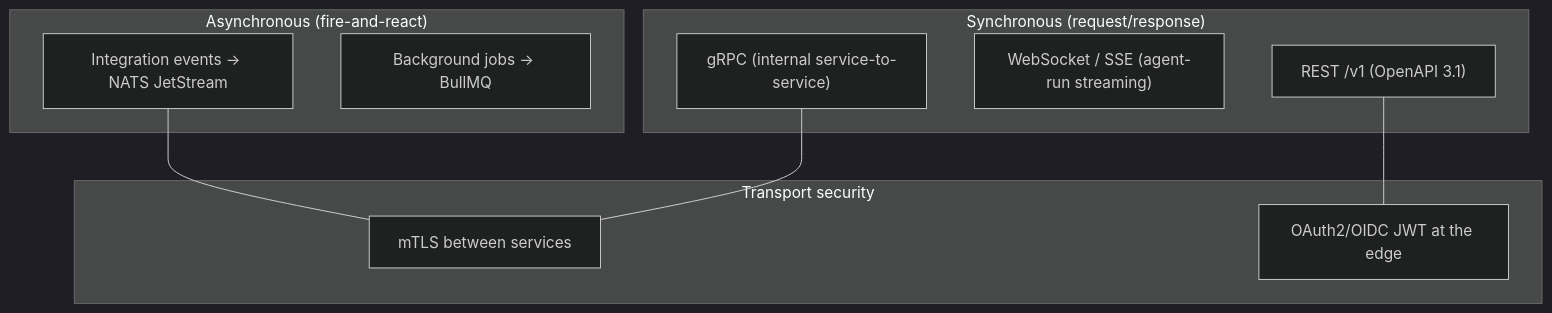
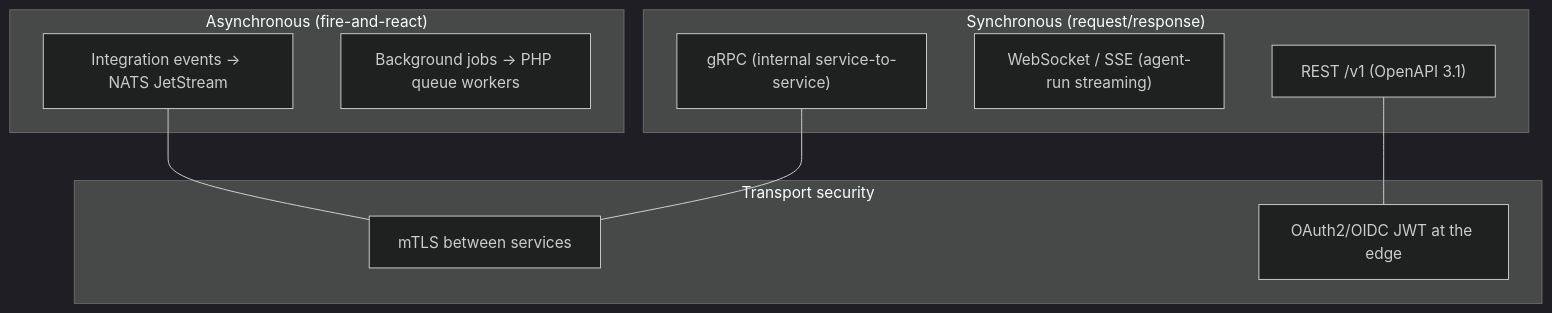
The sixth of 16 diagrams in docs/03-Architecture.md (ammarnabileg/crm), drawn with Mermaid (dark theme) before and after one commit. The commit also changed other lines of this file and 18 other files, not shown here.

````diff
--- a/docs/03-Architecture.md
+++ b/docs/03-Architecture.md
@@ -354,20 +354,20 @@
 ```mermaid
 flowchart TB
     subgraph Sync["Synchronous (request/response)"]
         REST["REST /v1 (OpenAPI 3.1)"]
         WS["WebSocket / SSE (agent-run streaming)"]
         GRPC["gRPC (internal service-to-service)"]
     end
     subgraph Async["Asynchronous (fire-and-react)"]
         EVENTS["Integration events → NATS JetStream"]
-        JOBS["Background jobs → BullMQ"]
+        JOBS["Background jobs → PHP queue workers"]
     end
     subgraph Security["Transport security"]
         MTLS["mTLS between services"]
         JWT["OAuth2/OIDC JWT at the edge"]
     end
 
     REST --- JWT
     GRPC --- MTLS
     EVENTS --- MTLS
 ```
````
